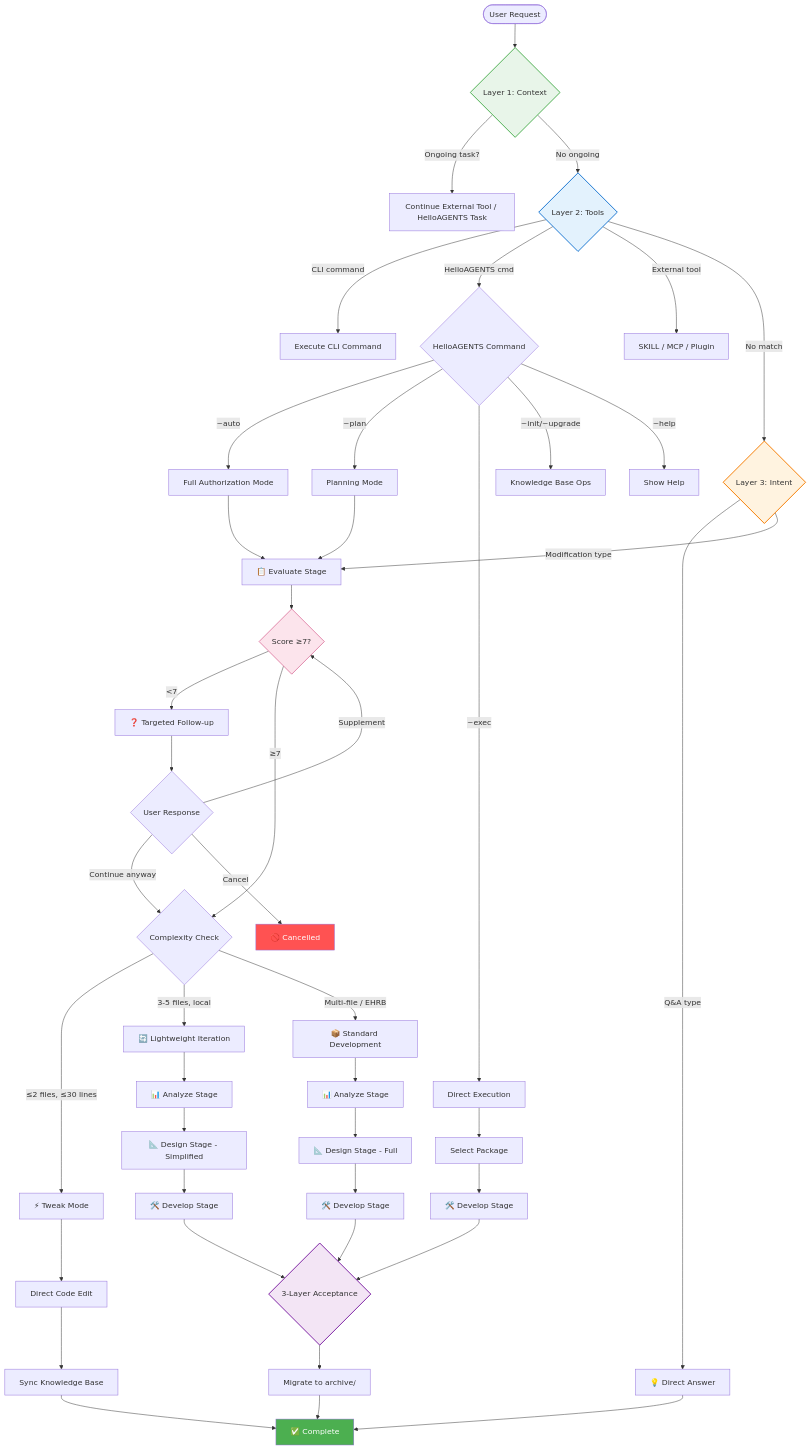
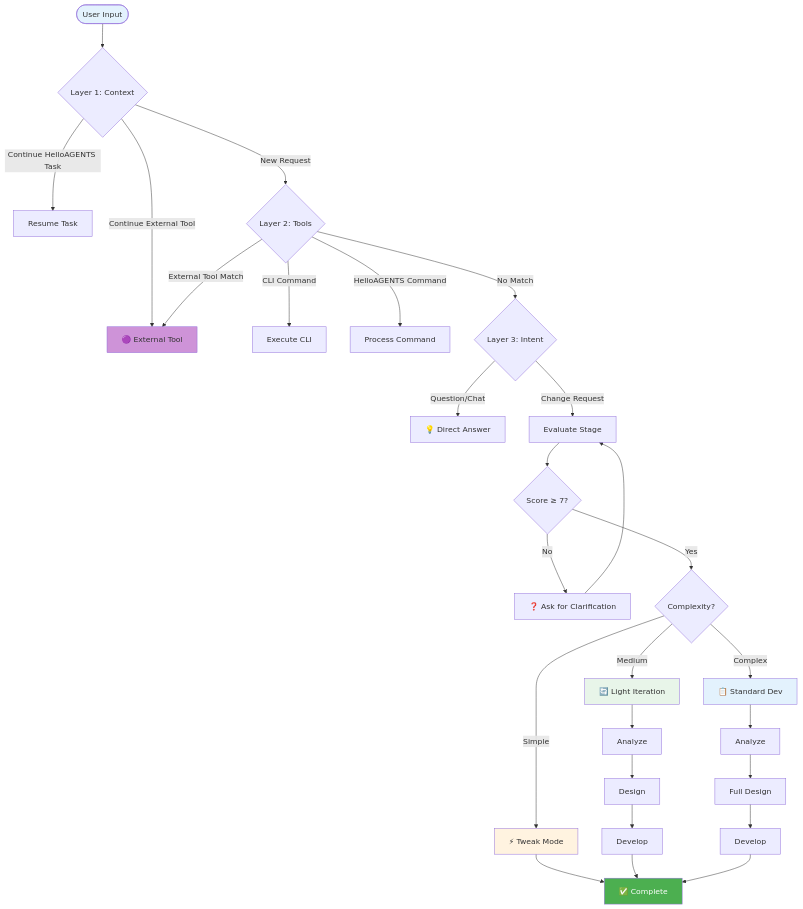
One commit to hellowind777/helloagents changed the diagram in README.md. Above: the diagram before and after it, drawn with Mermaid. The commit also changed other lines of this file and 118 other files, not shown here.

````diff
--- a/README.md
+++ b/README.md
@@ -229,67 +225,36 @@
 ```mermaid
 flowchart TD
-    Start([User Request]) --> Layer1{Layer 1: Context}
+    Start([User Input]) --> L1{Layer 1: Context}
 
-    Layer1 -->|"Ongoing task?"| Continue[Continue External Tool / HelloAGENTS Task]
-    Layer1 -->|"No ongoing"| Layer2{Layer 2: Tools}
+    L1 -->|"Continue External Tool"| ExtTool[🟣 External Tool]
+    L1 -->|"Continue HelloAGENTS Task"| Resume[Resume Task]
+    L1 -->|"New Request"| L2{Layer 2: Tools}
 
-    Layer2 -->|"CLI command"| CLI[Execute CLI Command]
-    Layer2 -->|"HelloAGENTS cmd"| HACmd{HelloAGENTS Command}
-    Layer2 -->|"External tool"| ExtTool[SKILL / MCP / Plugin]
-    Layer2 -->|"No match"| Layer3{Layer 3: Intent}
+    L2 -->|"CLI Command"| CLI[Execute CLI]
+    L2 -->|"HelloAGENTS Command"| Cmd[Process Command]
+    L2 -->|"External Tool Match"| ExtTool
+    L2 -->|"No Match"| L3{Layer 3: Intent}
 
-    HACmd -->|"~auto"| Auto[Full Authorization Mode]
-    HACmd -->|"~plan"| Plan[Planning Mode]
-    HACmd -->|"~exec"| Exec[Direct Execution]
-    HACmd -->|"~init/~upgrade"| KB[Knowledge Base Ops]
-    HACmd -->|"~help"| Help[Show Help]
+    L3 -->|"Question/Chat"| Direct[💡 Direct Answer]
+    L3 -->|"Change Request"| Eval[Evaluate Stage]
 
-    Layer3 -->|"Q&A type"| QA[💡 Direct Answer]
-    Layer3 -->|"Modification type"| Evaluate[📋 Evaluate Stage]
+    Eval --> Score{Score ≥ 7?}
+    Score -->|"No"| Ask[❓ Ask for Clarification]
+    Ask --> Eval
+    Score -->|"Yes"| Complex{Complexity?}
 
-    Evaluate --> Scoring{Score ≥7?}
-    Scoring -->|"<7"| FollowUp[❓ Targeted Follow-up]
-    FollowUp --> UserResp{User Response}
-    UserResp -->|"Supplement"| Scoring
-    UserResp -->|"Continue anyway"| Complexity
-    UserResp -->|"Cancel"| Cancelled[🚫 Cancelled]
+    Complex -->|"Simple"| Tweak[⚡ Tweak Mode]
+    Complex -->|"Medium"| Light[🔄 Light Iteration]
+    Complex -->|"Complex"| Standard[📋 Standard Dev]
 
-    Scoring -->|"≥7"| Complexity{Complexity Check}
+    Tweak --> Done[✅ Complete]
+    Light --> Analyze[Analyze] --> DesignL[Design] --> DevL[Develop] --> Done
+    Standard --> AnalyzeS[Analyze] --> DesignS[Full Design] --> DevS[Develop] --> Done
 
-    Complexity -->|"≤2 files, ≤30 lines"| Tweak[⚡ Tweak Mode]
-    Complexity -->|"3-5 files, local"| LightIter[🔄 Lightweight Iteration]
-    Complexity -->|"Multi-file / EHRB"| StdDev[📦 Standard Development]
-
-    Tweak --> DirectEdit[Direct Code Edit]
-    DirectEdit --> SyncKB1[Sync Knowledge Base]
-
-    LightIter --> Analyze1[📊 Analyze Stage]
-    Analyze1 --> Design1[📐 Design Stage - Simplified]
-    Design1 --> Develop1[🛠️ Develop Stage]
-
-    StdDev --> Analyze2[📊 Analyze Stage]
-    Analyze2 --> Design2[📐 Design Stage - Full]
-    Design2 --> Develop2[🛠️ Develop Stage]
-
-    Auto --> Evaluate
-    Plan --> Evaluate
-    Exec --> SelectPkg[Select Package]
-    SelectPkg --> Develop3[🛠️ Develop Stage]
-
-    Develop1 --> Acceptance{3-Layer Acceptance}
-    Develop2 --> Acceptance
-    Develop3 --> Acceptance
-
-    Acceptance --> Archive[Migrate to archive/]
-    Archive --> Done[✅ Complete]
-    SyncKB1 --> Done
-    QA --> Done
-
-    style Layer1 fill:#e8f5e9,stroke:#4caf50,stroke-width:2px
-    style Layer2 fill:#e3f2fd,stroke:#1976d2,stroke-width:2px
-    style Layer3 fill:#fff3e0,stroke:#f57c00,stroke-width:2px
-    style Scoring fill:#fce4ec,stroke:#c2185b
-    style Acceptance fill:#f3e5f5,stroke:#7b1fa2,stroke-width:2px
+    style Start fill:#e3f2fd
+    style ExtTool fill:#ce93d8
     style Done fill:#4caf50,color:#fff
-    style Cancelled fill:#ff5252,color:#fff
+    style Tweak fill:#fff3e0
+    style Light fill:#e8f5e9
+    style Standard fill:#e3f2fd
 ```
````
